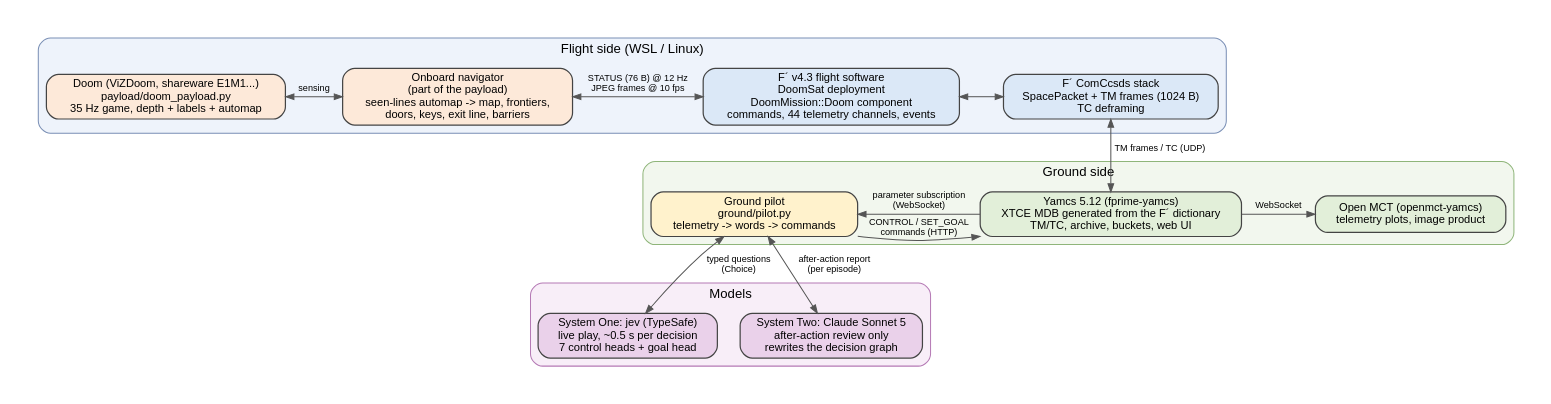
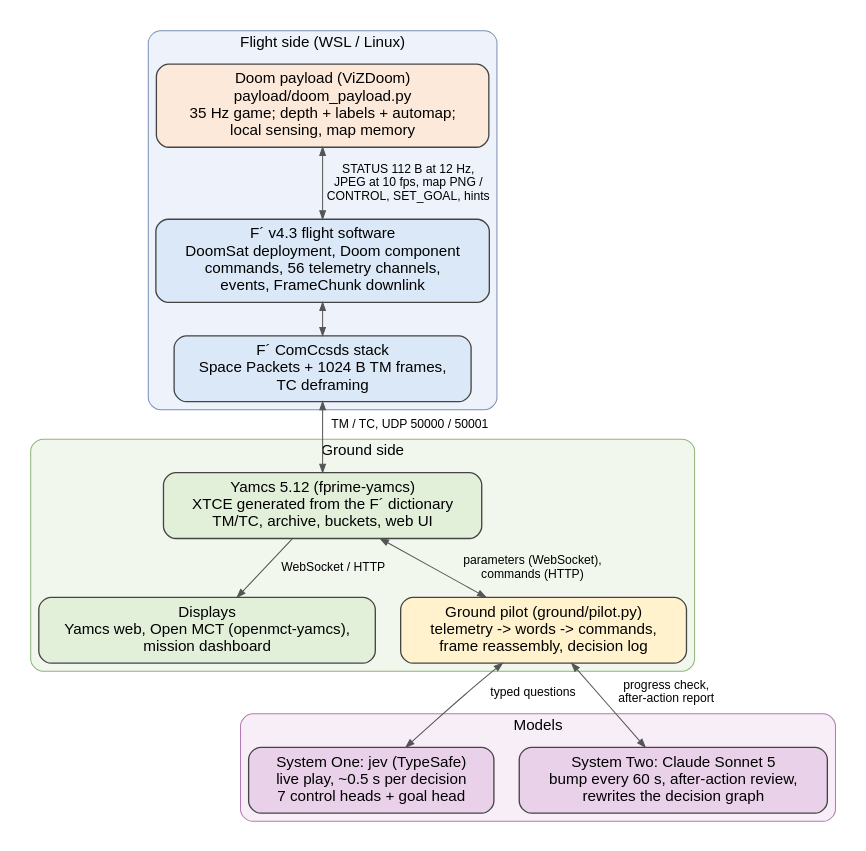
One commit to Devonance/DoomSat changed the diagram in docs/diagrams/architecture.dot. Above: the diagram before and after it, drawn with Graphviz. The commit also changed 18 other files, not shown here.

First line of the commit message:
Report layout: legible diagrams, native LaTeX decision graph and worked decision, ruled longtables, breakable URLs

```diff
--- a/docs/diagrams/architecture.dot
+++ b/docs/diagrams/architecture.dot
@@ -1,39 +1,37 @@
-// Architecture flow chart: who runs where and who talks to whom. Render: dot -Tpng -Gdpi=150 architecture.dot -o architecture.png
+// Architecture flow chart: who runs where and who talks to whom. Never more than two boxes wide so it reads on a
+// portrait page. Render: dot -Tpng -Gdpi=200 architecture.dot -o architecture.png
 digraph architecture {
   rankdir=TB;
-  graph [fontname="Helvetica", fontsize=12, pad=0.3, nodesep=0.3, ranksep=0.5, bgcolor="white", newrank=true];
-  node  [fontname="Helvetica", fontsize=11, shape=box, style="rounded,filled", color="#444444", penwidth=1.2];
-  edge  [fontname="Helvetica", fontsize=9, color="#555555", arrowsize=0.8];
+  graph [fontname="Helvetica", fontsize=14, pad=0.2, nodesep=0.35, ranksep=0.45, bgcolor="white", newrank=true];
+  node  [fontname="Helvetica", fontsize=15, shape=box, style="rounded,filled", color="#444444", penwidth=1.3, margin="0.16,0.10"];
+  edge  [fontname="Helvetica", fontsize=12, color="#555555", arrowsize=0.8];
 
   subgraph cluster_flight {
-    label="Flight side (WSL / Linux)"; style="rounded,filled"; fillcolor="#eef3fb"; color="#7a8fb5"; fontsize=13;
-    doom    [label="Doom (ViZDoom, shareware E1M1...)\npayload/doom_payload.py\n35 Hz game, depth + labels + automap", fillcolor="#fde9d9"];
-    nav     [label="Onboard navigator\n(part of the payload)\nseen-lines automap -> map, frontiers,\ndoors, keys, exit line, barriers", fillcolor="#fde9d9"];
-    fprime  [label="F´ v4.3 flight software\nDoomSat deployment\nDoomMission::Doom component\ncommands, 44 telemetry channels, events", fillcolor="#dbe8f7"];
-    ccsds   [label="F´ ComCcsds stack\nSpacePacket + TM frames (1024 B)\nTC deframing", fillcolor="#dbe8f7"];
-    {rank=same; doom; nav; fprime; ccsds;}
-    doom -> nav [dir=both, label="sensing"];
-    nav -> fprime [label="STATUS (76 B) @ 12 Hz\nJPEG frames @ 10 fps", dir=both];
+    label="Flight side (WSL / Linux)"; style="rounded,filled"; fillcolor="#eef3fb"; color="#7a8fb5"; fontsize=15;
+    doom    [label="Doom payload (ViZDoom)\npayload/doom_payload.py\n35 Hz game; depth + labels + automap;\nlocal sensing, map memory", fillcolor="#fde9d9"];
+    fprime  [label="F´ v4.3 flight software\nDoomSat deployment, Doom component\ncommands, 56 telemetry channels,\nevents, FrameChunk downlink", fillcolor="#dbe8f7"];
+    ccsds   [label="F´ ComCcsds stack\nSpace Packets + 1024 B TM frames,\nTC deframing", fillcolor="#dbe8f7"];
+    doom -> fprime [label=" STATUS 112 B at 12 Hz,\n JPEG at 10 fps, map PNG /\n CONTROL, SET_GOAL, hints", dir=both];
     fprime -> ccsds [dir=both];
   }
 
   subgraph cluster_ground {
-    label="Ground side"; style="rounded,filled"; fillcolor="#f2f7ee"; color="#8fb57a"; fontsize=13;
-    yamcs   [label="Yamcs 5.12 (fprime-yamcs)\nXTCE MDB generated from the F´ dictionary\nTM/TC, archive, buckets, web UI", fillcolor="#e2efd9"];
-    openmct [label="Open MCT (openmct-yamcs)\ntelemetry plots, image product", fillcolor="#e2efd9"];
-    pilot   [label="Ground pilot\nground/pilot.py\ntelemetry -> words -> commands", fillcolor="#fff2cc"];
-    {rank=same; yamcs; openmct; pilot;}
-    ccsds -> yamcs [label="TM frames / TC (UDP)", dir=both];
-    yamcs -> openmct [label="WebSocket"];
-    yamcs -> pilot [label="parameter subscription\n(WebSocket)"];
-    pilot -> yamcs [label="CONTROL / SET_GOAL\ncommands (HTTP)"];
+    label="Ground side"; style="rounded,filled"; fillcolor="#f2f7ee"; color="#8fb57a"; fontsize=15;
+    yamcs   [label="Yamcs 5.12 (fprime-yamcs)\nXTCE generated from the F´ dictionary\nTM/TC, archive, buckets, web UI", fillcolor="#e2efd9"];
+    disp    [label="Displays\nYamcs web, Open MCT (openmct-yamcs),\nmission dashboard", fillcolor="#e2efd9"];
+    pilot   [label="Ground pilot (ground/pilot.py)\ntelemetry -> words -> commands,\nframe reassembly, decision log", fillcolor="#fff2cc"];
+    ccsds -> yamcs [label=" TM / TC, UDP 50000 / 50001", dir=both];
+    yamcs -> disp [label=" WebSocket / HTTP"];
+    yamcs -> pilot [label=" parameters (WebSocket),\n commands (HTTP)", dir=both];
+    {rank=same; disp; pilot;}
   }
 
   subgraph cluster_models {
-    label="Models"; style="rounded,filled"; fillcolor="#f8eef8"; color="#b57ab5"; fontsize=13;
+    label="Models"; style="rounded,filled"; fillcolor="#f8eef8"; color="#b57ab5"; fontsize=15;
     jev     [label="System One: jev (TypeSafe)\nlive play, ~0.5 s per decision\n7 control heads + goal head", fillcolor="#ead1ea"];
-    sonnet  [label="System Two: Claude Sonnet 5\nafter-action review only\nrewrites the decision graph", fillcolor="#ead1ea"];
-    pilot -> jev [label="typed questions\n(Choice)", dir=both];
-    pilot -> sonnet [label="after-action report\n(per episode)", dir=both];
+    sonnet  [label="System Two: Claude Sonnet 5\nbump every 60 s, after-action review,\nrewrites the decision graph", fillcolor="#ead1ea"];
+    {rank=same; jev; sonnet;}
+    pilot -> jev [label=" typed questions", dir=both];
+    pilot -> sonnet [label=" progress check,\n after-action report", dir=both];
   }
 }
```
